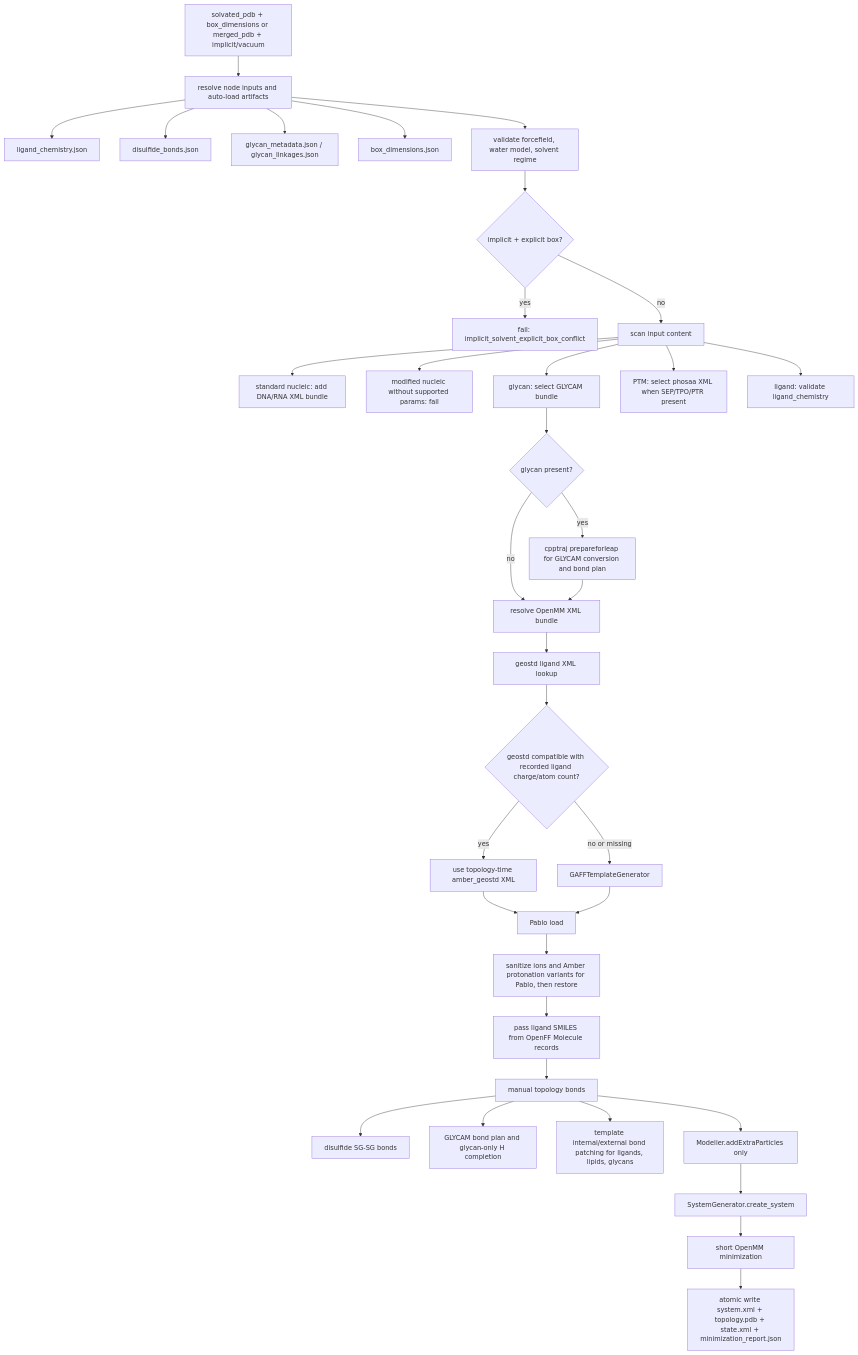
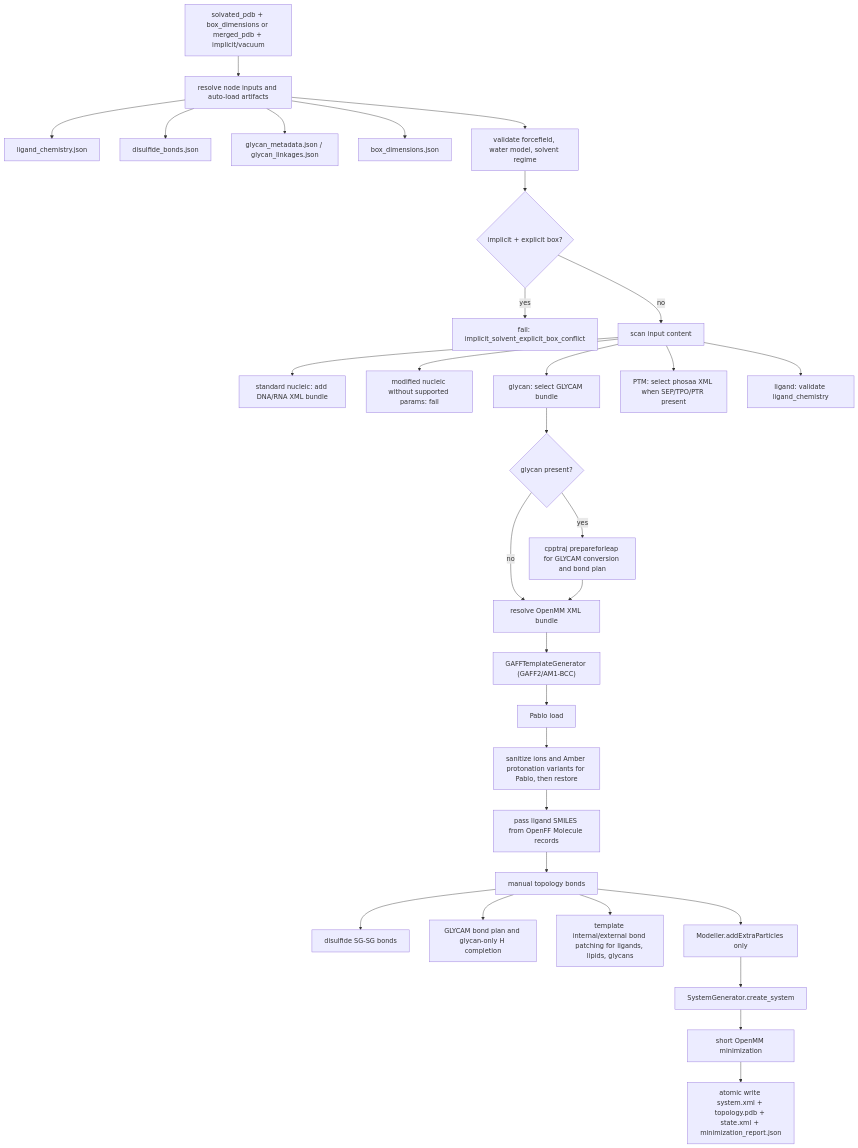
The fifth of 6 diagrams in docs/research/prep_workflow_flowchart.md (matsunagalab/mdclaw), drawn with Mermaid before and after one commit. The commit also changed 56 other files, not shown here.

````diff
--- a/docs/research/prep_workflow_flowchart.md
+++ b/docs/research/prep_workflow_flowchart.md
@@ -214,44 +214,40 @@
 ```mermaid
 flowchart TD
   A["solvated_pdb + box_dimensions or merged_pdb + implicit/vacuum"] --> B["resolve node inputs and auto-load artifacts"]
   B --> B1["ligand_chemistry.json"]
   B --> B2["disulfide_bonds.json"]
   B --> B3["glycan_metadata.json / glycan_linkages.json"]
   B --> B4["box_dimensions.json"]
 
   B --> C["validate forcefield, water model, solvent regime"]
   C --> C1{"implicit + explicit box?"}
   C1 -->|"yes"| C2["fail: implicit_solvent_explicit_box_conflict"]
   C1 -->|"no"| D["scan input content"]
 
   D --> D1["standard nucleic: add DNA/RNA XML bundle"]
   D --> D2["modified nucleic without supported params: fail"]
   D --> D3["glycan: select GLYCAM bundle"]
   D --> D4["PTM: select phosaa XML when SEP/TPO/PTR present"]
   D --> D5["ligand: validate ligand_chemistry"]
 
   D3 --> E{"glycan present?"}
   E -->|"yes"| E1["cpptraj prepareforleap for GLYCAM conversion and bond plan"]
   E -->|"no"| F["resolve OpenMM XML bundle"]
   E1 --> F
 
-  F --> G["geostd ligand XML lookup"]
-  G --> G1{"geostd compatible with recorded ligand charge/atom count?"}
-  G1 -->|"yes"| G2["use topology-time amber_geostd XML"]
-  G1 -->|"no or missing"| G3["GAFFTemplateGenerator"]
+  F --> G3["GAFFTemplateGenerator (GAFF2/AM1-BCC)"]
 
-  G2 --> H["Pablo load"]
-  G3 --> H
+  G3 --> H["Pablo load"]
   H --> H1["sanitize ions and Amber protonation variants for Pablo, then restore"]
   H1 --> H2["pass ligand SMILES from OpenFF Molecule records"]
 
   H2 --> I["manual topology bonds"]
   I --> I1["disulfide SG-SG bonds"]
   I --> I2["GLYCAM bond plan and glycan-only H completion"]
   I --> I3["template internal/external bond patching for ligands, lipids, glycans"]
 
   I --> J["Modeller.addExtraParticles only"]
   J --> K["SystemGenerator.create_system"]
   K --> L["short OpenMM minimization"]
   L --> M["atomic write system.xml + topology.pdb + state.xml + minimization_report.json"]
 ```
````
